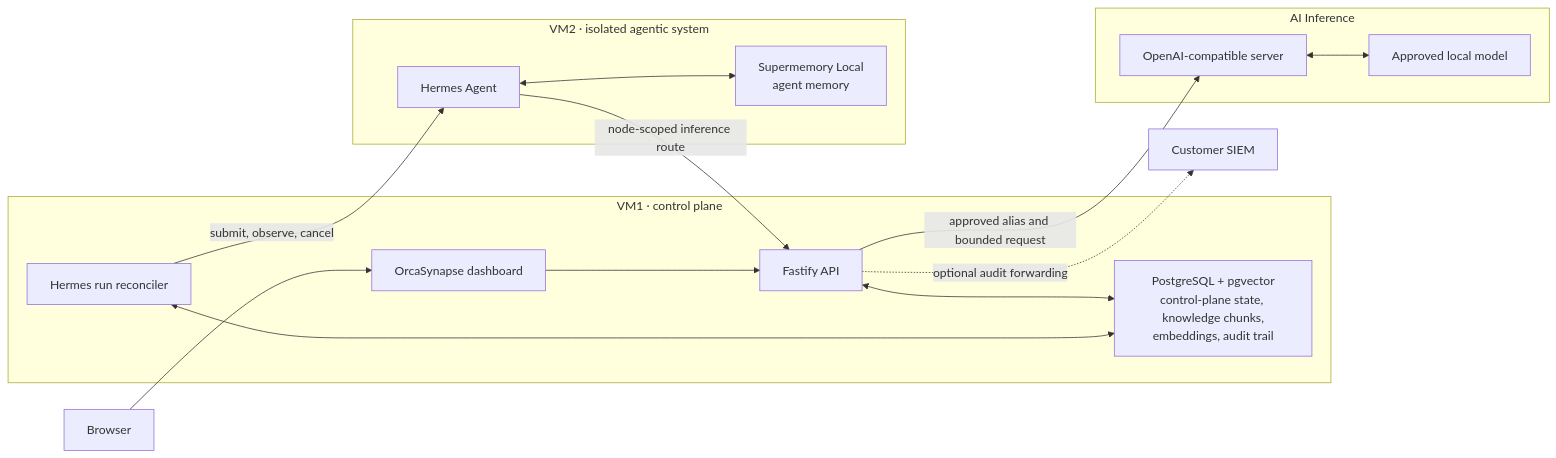
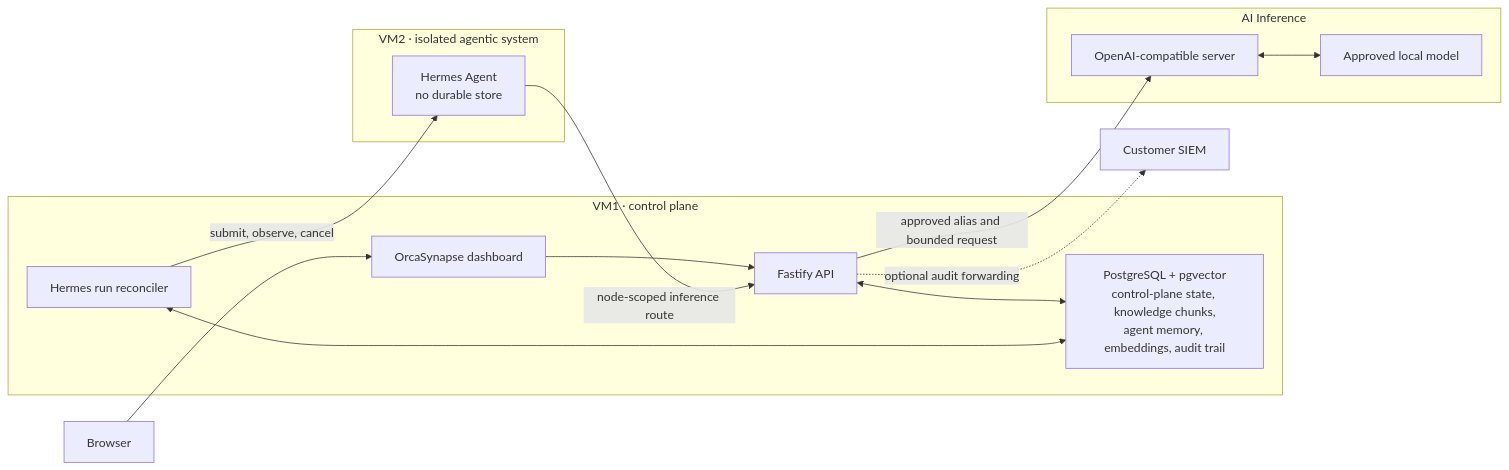
The diagram in docs/ARCHITECTURE.md (multichainerz/AI), drawn with Mermaid before and after one commit. The commit also changed other lines of this file and 91 other files, not shown here.

````diff
--- a/docs/ARCHITECTURE.md
+++ b/docs/ARCHITECTURE.md
@@ -7,23 +7,23 @@
 ```mermaid
 flowchart LR
   USER["Browser"] --> WEB["OrcaSynapse dashboard"]
 
   subgraph VM1["VM1 · control plane"]
     WEB --> API["Fastify API"]
-    API <--> PG["PostgreSQL + pgvector<br/>control-plane state, knowledge chunks,<br/>embeddings, audit trail"]
+    API <--> PG["PostgreSQL + pgvector<br/>control-plane state, knowledge chunks,<br/>agent memory, embeddings, audit trail"]
     WORKER["Hermes run reconciler"] <--> PG
   end
 
   subgraph VM2["VM2 · isolated agentic system"]
-    HERMES["Hermes Agent"] <--> SM["Supermemory Local<br/>agent memory"]
+    HERMES["Hermes Agent<br/>no durable store"]
   end
 
   subgraph GPU["AI Inference"]
     SERVER["OpenAI-compatible server"] <--> MODEL["Approved local model"]
   end
 
   WORKER -->|"submit, observe, cancel"| HERMES
   HERMES -->|"node-scoped inference route"| API
   API -->|"approved alias and bounded request"| SERVER
   API -.->|"optional audit forwarding"| SIEM["Customer SIEM"]
 ```
````
